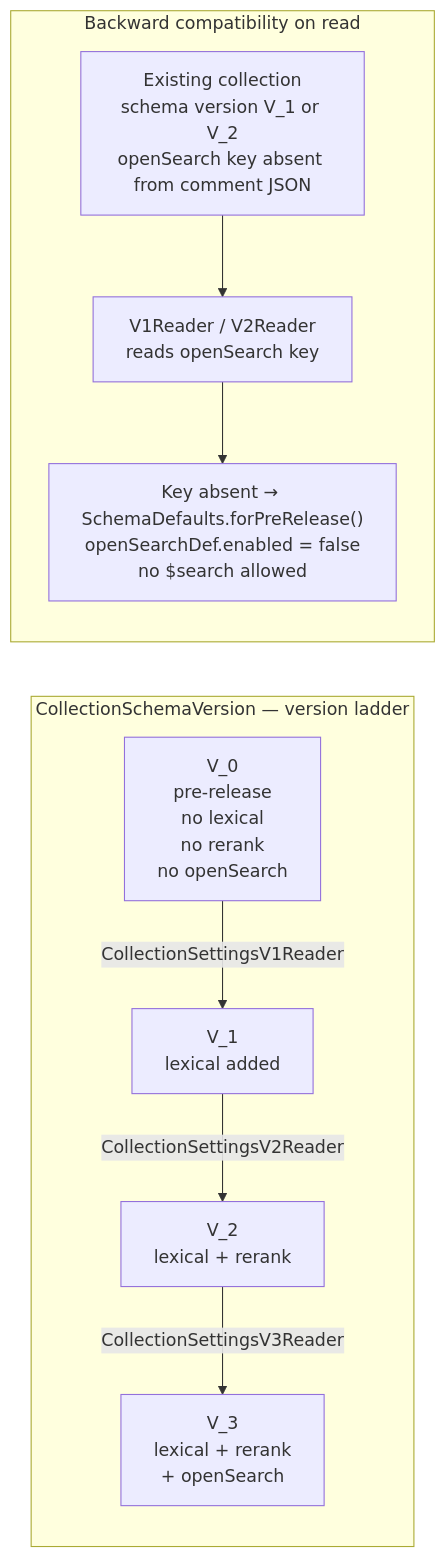
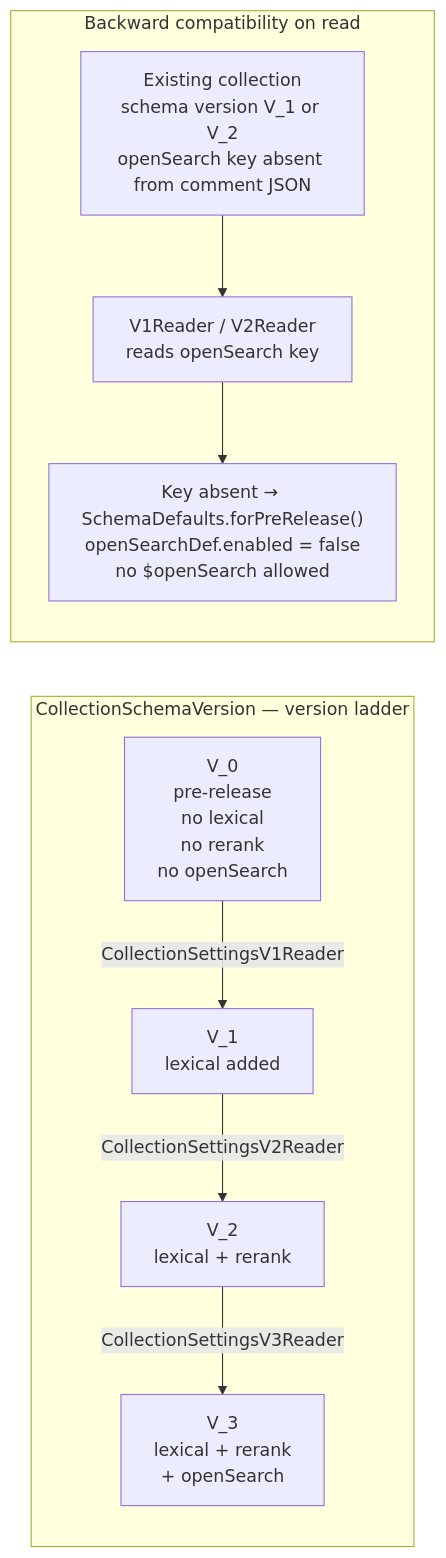
One commit to stargate/data-api changed diagram 18 of 18 in docs/specifications-hcd-to-opensearch-data-api.md. Above: the diagram before and after it, drawn with Mermaid. The commit also changed other lines of this file and 451 other files, not shown here.

Commit message:
OpenSearch suport

````diff
--- a/docs/specifications-hcd-to-opensearch-data-api.md
+++ b/docs/specifications-hcd-to-opensearch-data-api.md
@@ -3528,19 +4382,19 @@
 ```mermaid
 flowchart LR
-  subgraph VERSIONS["CollectionSchemaVersion — version ladder"]
-    V0["V_0\npre-release\nno lexical\nno rerank\nno openSearch"]
-    V1["V_1\nlexical added"]
-    V2["V_2\nlexical + rerank"]
-    V3["V_3\nlexical + rerank\n+ openSearch"]
-    V0 -->|"CollectionSettingsV1Reader"| V1
-    V1 -->|"CollectionSettingsV2Reader"| V2
-    V2 -->|"CollectionSettingsV3Reader"| V3
-  end
+    subgraph VERSIONS["CollectionSchemaVersion — version ladder"]
+        V0["V_0\npre-release\nno lexical\nno rerank\nno openSearch"]
+        V1["V_1\nlexical added"]
+        V2["V_2\nlexical + rerank"]
+        V3["V_3\nlexical + rerank\n+ openSearch"]
+        V0 -->|"CollectionSettingsV1Reader"| V1
+        V1 -->|"CollectionSettingsV2Reader"| V2
+        V2 -->|"CollectionSettingsV3Reader"| V3
+    end
 
-  subgraph COMPAT["Backward compatibility on read"]
-    OLD["Existing collection\nschema version V_1 or V_2\nopenSearch key absent from comment JSON"]
-    READ["V1Reader / V2Reader\nreads openSearch key"]
-    DEF["Key absent → SchemaDefaults.forPreRelease()\nopenSearchDef.enabled = false\nno $search allowed"]
-    OLD --> READ --> DEF
-  end
+    subgraph COMPAT["Backward compatibility on read"]
+        OLD["Existing collection\nschema version V_1 or V_2\nopenSearch key absent from comment JSON"]
+        READ["V1Reader / V2Reader\nreads openSearch key"]
+        DEF["Key absent → SchemaDefaults.forPreRelease()\nopenSearchDef.enabled = false\nno $openSearch allowed"]
+        OLD --> READ --> DEF
+    end
 ```
````
